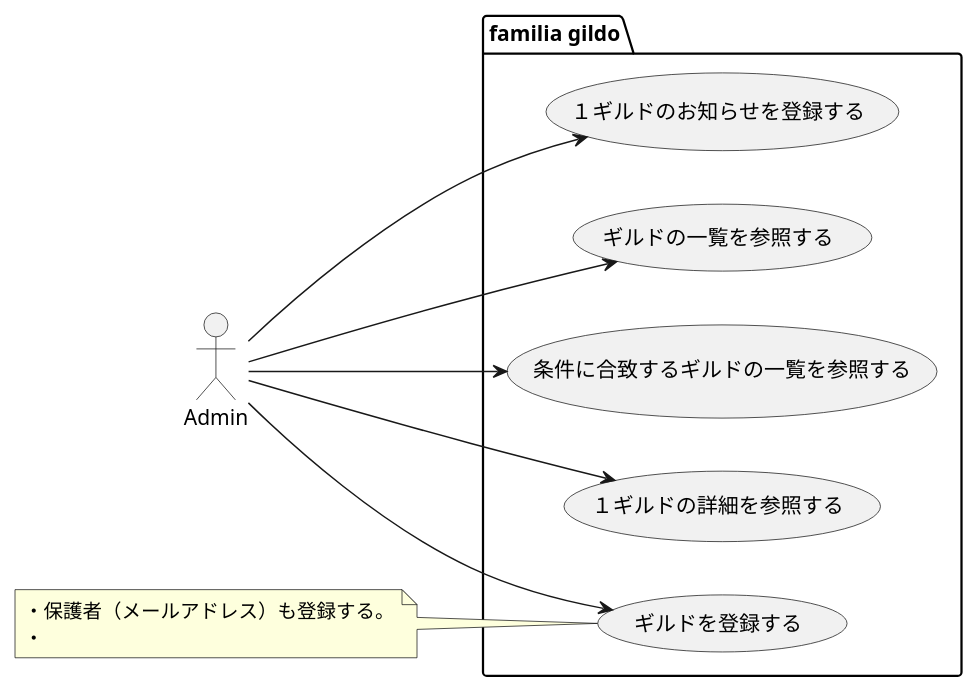
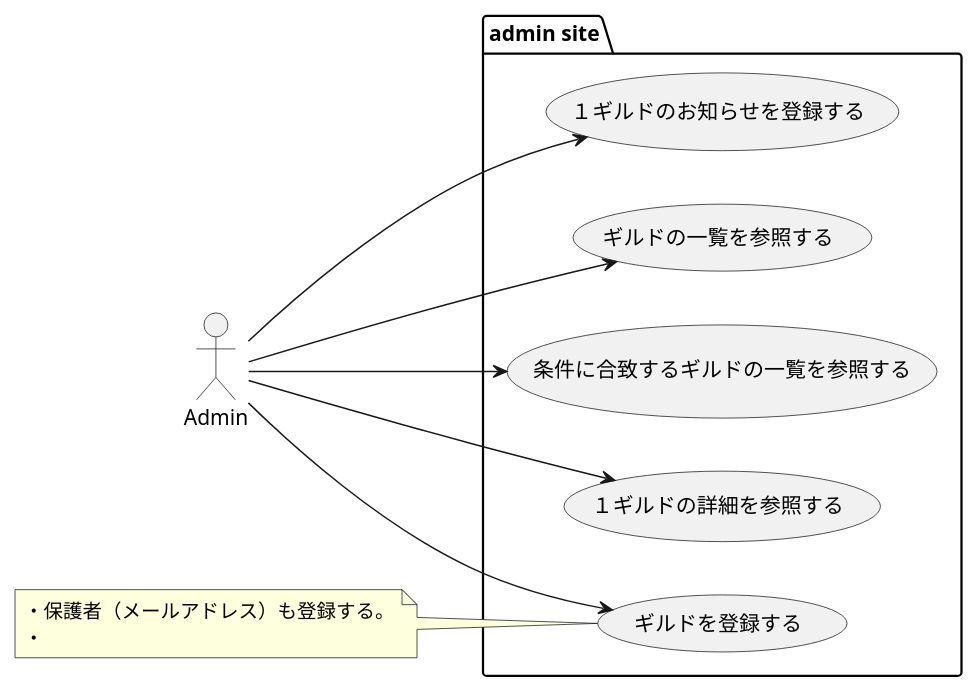
One commit to sky0621/familiagildo changed the diagram in design/usecase/admin/usecase.puml. Above: the diagram before and after it, drawn with PlantUML. The commit also changed 13 other files, not shown here.

```diff
--- a/design/usecase/admin/usecase.puml
+++ b/design/usecase/admin/usecase.puml
@@ -1,26 +1,26 @@
 @startuml
 
 left to right direction
 
 actor Admin as a
 
-package "familia gildo" {
+package "admin site" {
     usecase "ギルドを登録する" as createGuildByAdmin
     usecase "ギルドの一覧を参照する" as listGuild
     usecase "条件に合致するギルドの一覧を参照する" as findGuild
     usecase "１ギルドの詳細を参照する" as getGuild
     usecase "１ギルドのお知らせを登録する" as createNotice
 }
 
 a --> createGuildByAdmin
 a --> listGuild
 a --> findGuild
 a --> getGuild
 a --> createNotice
 
 note left of createGuildByAdmin
 ・保護者（メールアドレス）も登録する。
 ・
 end note
 
 @enduml
```
